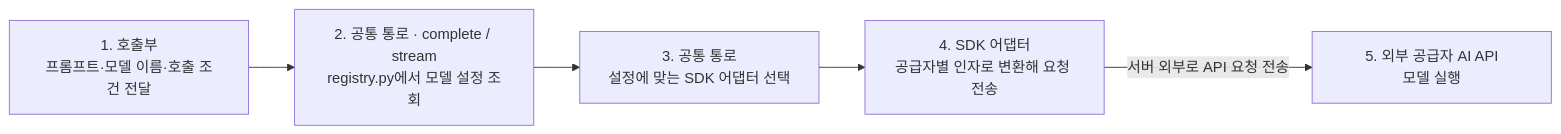
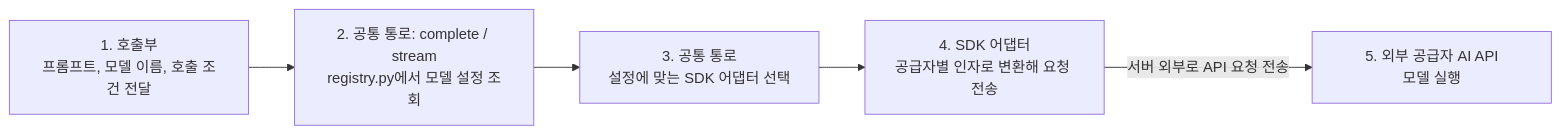
The diagram in docs/platform/AI/ARCHITECTURE.md (KIM-N-KANG/knk-harness), drawn with Mermaid before and after one commit. The commit also changed 7 other files, not shown here.

````diff
--- a/docs/platform/AI/ARCHITECTURE.md
+++ b/docs/platform/AI/ARCHITECTURE.md
@@ -21,10 +21,10 @@
 ```mermaid
 flowchart LR
-    C["<div style='width:200px;text-align:center;'>1. 호출부<br/>프롬프트·모델 이름·호출 조건 전달</div>"]
-    G["<div style='width:200px;text-align:center;'>2. 공통 통로 · complete / stream<br/>registry.py에서 모델 설정 조회</div>"]
+    C["<div style='width:200px;text-align:center;'>1. 호출부<br/>프롬프트, 모델 이름, 호출 조건 전달</div>"]
+    G["<div style='width:200px;text-align:center;'>2. 공통 통로: complete / stream<br/>registry.py에서 모델 설정 조회</div>"]
     S["<div style='width:200px;text-align:center;'>3. 공통 통로<br/>설정에 맞는 SDK 어댑터 선택</div>"]
     A["<div style='width:200px;text-align:center;'>4. SDK 어댑터<br/>공급자별 인자로 변환해 요청 전송</div>"]
     P["<div style='width:200px;text-align:center;'>5. 외부 공급자 AI API<br/>모델 실행</div>"]
     C --> G --> S --> A
     A -->|서버 외부로 API 요청 전송| P
 ```
````
